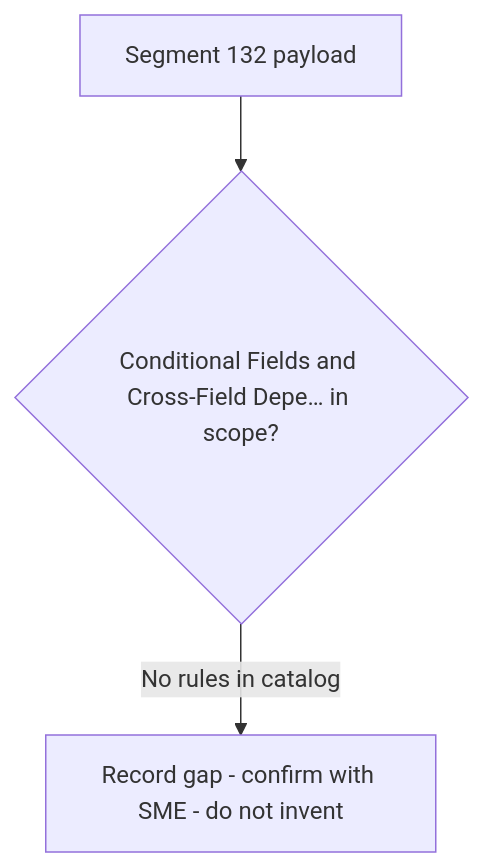
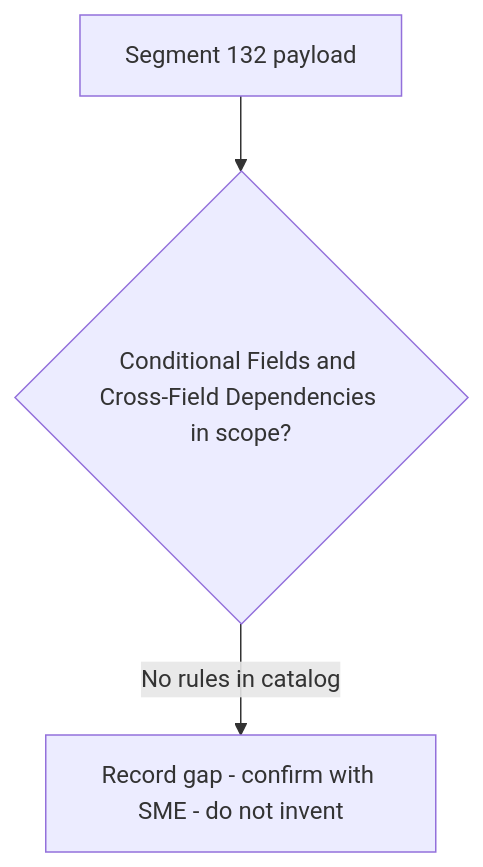
Before and after one commit to DhanSingh-hub/core-auth-ai-validation-framework: the diagram in regression-artifact-validator/specifications/ATL105/docs/specs/kb/segment-132/conditional-dependency-rules-flow.md, drawn with Mermaid. The commit also changed 150 other files, not shown here.

````diff
--- a/regression-artifact-validator/specifications/ATL105/docs/specs/kb/segment-132/conditional-dependency-rules-flow.md
+++ b/regression-artifact-validator/specifications/ATL105/docs/specs/kb/segment-132/conditional-dependency-rules-flow.md
@@ -3,5 +3,5 @@
 ```mermaid
 flowchart TD
-    A[Segment 132 payload] --> B{Conditional Fields and Cross-Field Depe… in scope?}
+    A[Segment 132 payload] --> B{Conditional Fields and Cross-Field Dependencies in scope?}
     B -->|No rules in catalog| G[Record gap - confirm with SME - do not invent]
 ```
````
